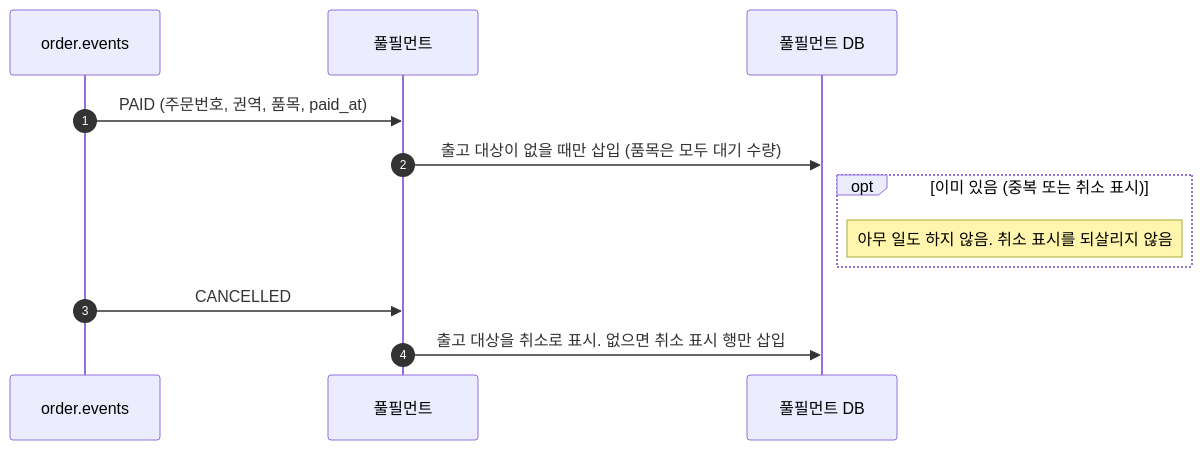
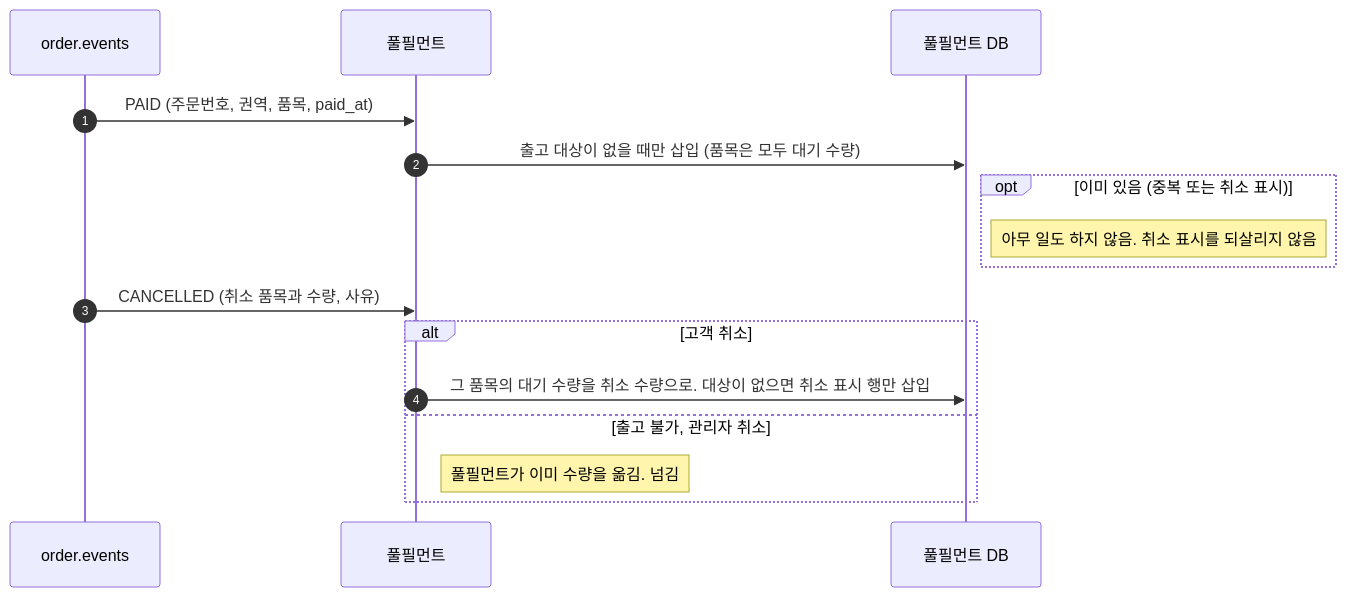
One commit to Bamdule/dawn-delivery-commerce changed the first of 6 diagrams in docs/sequence/05-출고-배치.md. Above: the diagram before and after it, drawn with Mermaid. The commit also changed other lines of this file and 10 other files, not shown here.

````diff
--- a/docs/sequence/05-출고-배치.md
+++ b/docs/sequence/05-출고-배치.md
@@ -20,15 +20,19 @@
 ```mermaid
 sequenceDiagram
     autonumber
     participant 카프카 as order.events
     participant 풀필먼트
     participant DB as 풀필먼트 DB
 
     카프카->>풀필먼트: PAID (주문번호, 권역, 품목, paid_at)
     풀필먼트->>DB: 출고 대상이 없을 때만 삽입 (품목은 모두 대기 수량)
     opt 이미 있음 (중복 또는 취소 표시)
         Note right of DB: 아무 일도 하지 않음. 취소 표시를 되살리지 않음
     end
-    카프카->>풀필먼트: CANCELLED
-    풀필먼트->>DB: 출고 대상을 취소로 표시. 없으면 취소 표시 행만 삽입
+    카프카->>풀필먼트: CANCELLED (취소 품목과 수량, 사유)
+    alt 고객 취소
+        풀필먼트->>DB: 그 품목의 대기 수량을 취소 수량으로. 대상이 없으면 취소 표시 행만 삽입
+    else 출고 불가, 관리자 취소
+        Note right of 풀필먼트: 풀필먼트가 이미 수량을 옮김. 넘김
+    end
 ```
````
